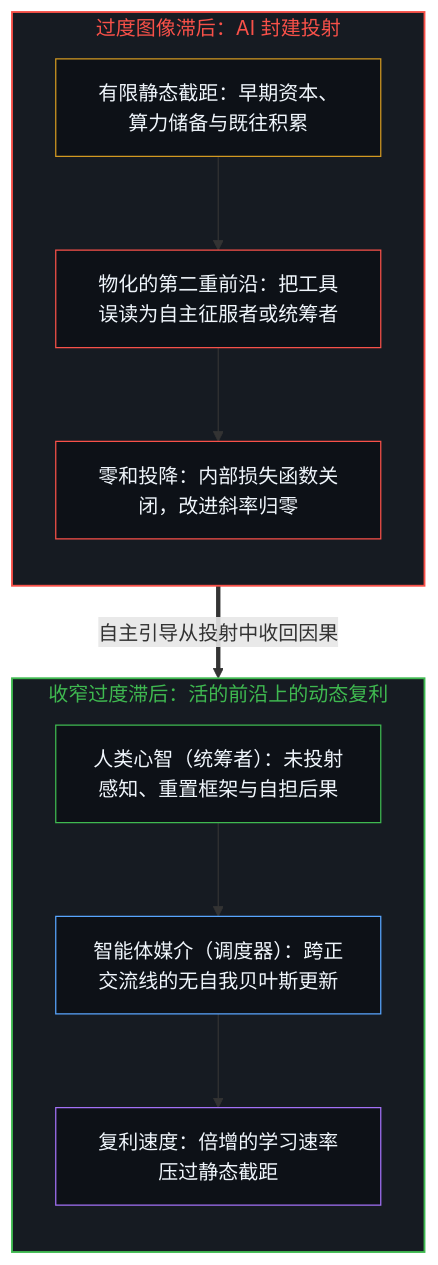
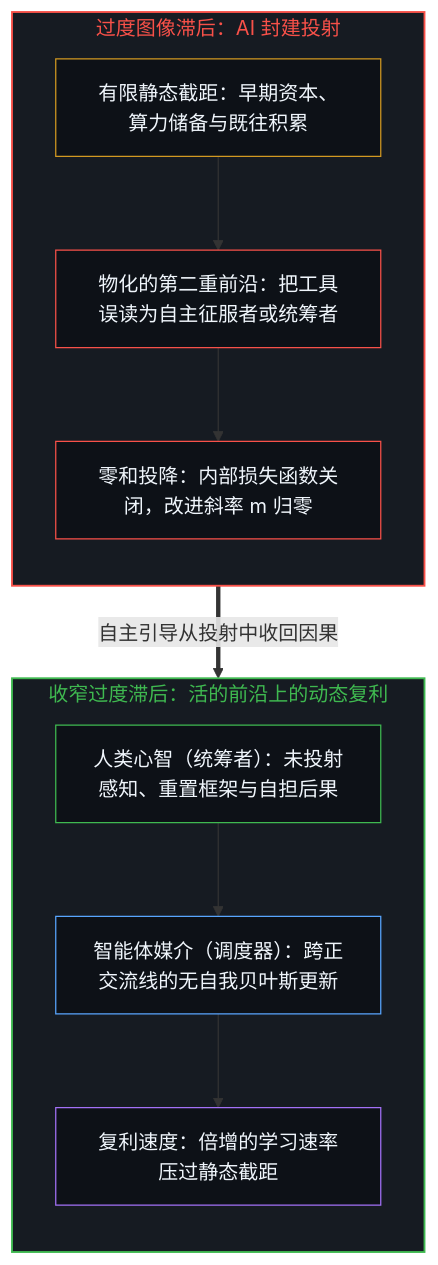
Before and after one commit to powerpig99/not-a-toe: the first of 2 diagrams in content/posts/agency-compounding-and-the-argument-over-ai-feudalism.md, drawn with Mermaid. The commit also changed other lines of this file and 3 other files, not shown here.

````diff
--- a/content/posts/agency-compounding-and-the-argument-over-ai-feudalism.md
+++ b/content/posts/agency-compounding-and-the-argument-over-ai-feudalism.md
@@ -35,29 +35,26 @@
 ```mermaid
 flowchart TD
     subgraph S_Lag["过度图像滞后：AI 封建投射"]
         direction TB
         I1["有限静态截距：早期资本、算力储备与既往积累"]
         I2["物化的第二重前沿：把工具误读为自主征服者或统筹者"]
-        I3["零和投降：内部损失函数关闭，改进斜率归零"]
+        I3["零和投降：内部损失函数关闭，改进斜率 m 归零"]
         I1 --> I2 --> I3
     end
-
     subgraph S_Rate["收窄过度滞后：活的前沿上的动态复利"]
         direction TB
         R1["人类心智（统筹者）：未投射感知、重置框架与自担后果"]
         R2["智能体媒介（调度器）：跨正交流线的无自我贝叶斯更新"]
         R3["复利速度：倍增的学习速率压过静态截距"]
         R1 --> R2 --> R3
     end
-
     I3 ==>|"自主引导从投射中收回因果"| R1
-
     style S_Lag fill:#161b22,stroke:#f85149,stroke-width:1.5px,color:#f85149
     style S_Rate fill:#161b22,stroke:#3fb950,stroke-width:1.5px,color:#3fb950
     style I1 fill:#0d1117,stroke:#d29922,stroke-width:1px,color:#f0f6fc
     style I2 fill:#0d1117,stroke:#f85149,stroke-width:1px,color:#f0f6fc
     style I3 fill:#0d1117,stroke:#f85149,stroke-width:1px,color:#f0f6fc
     style R1 fill:#0d1117,stroke:#3fb950,stroke-width:1px,color:#f0f6fc
     style R2 fill:#0d1117,stroke:#58a6ff,stroke-width:1px,color:#f0f6fc
     style R3 fill:#0d1117,stroke:#a371f7,stroke-width:1px,color:#f0f6fc
 ```
````
